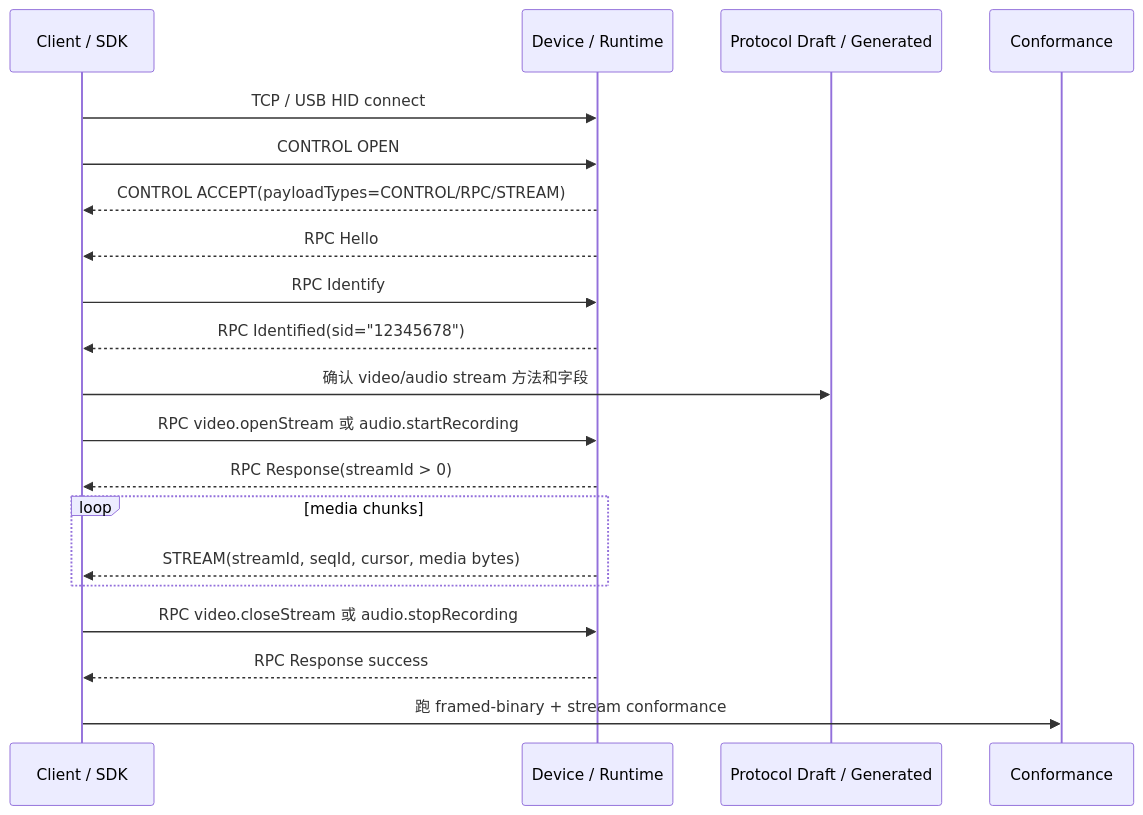
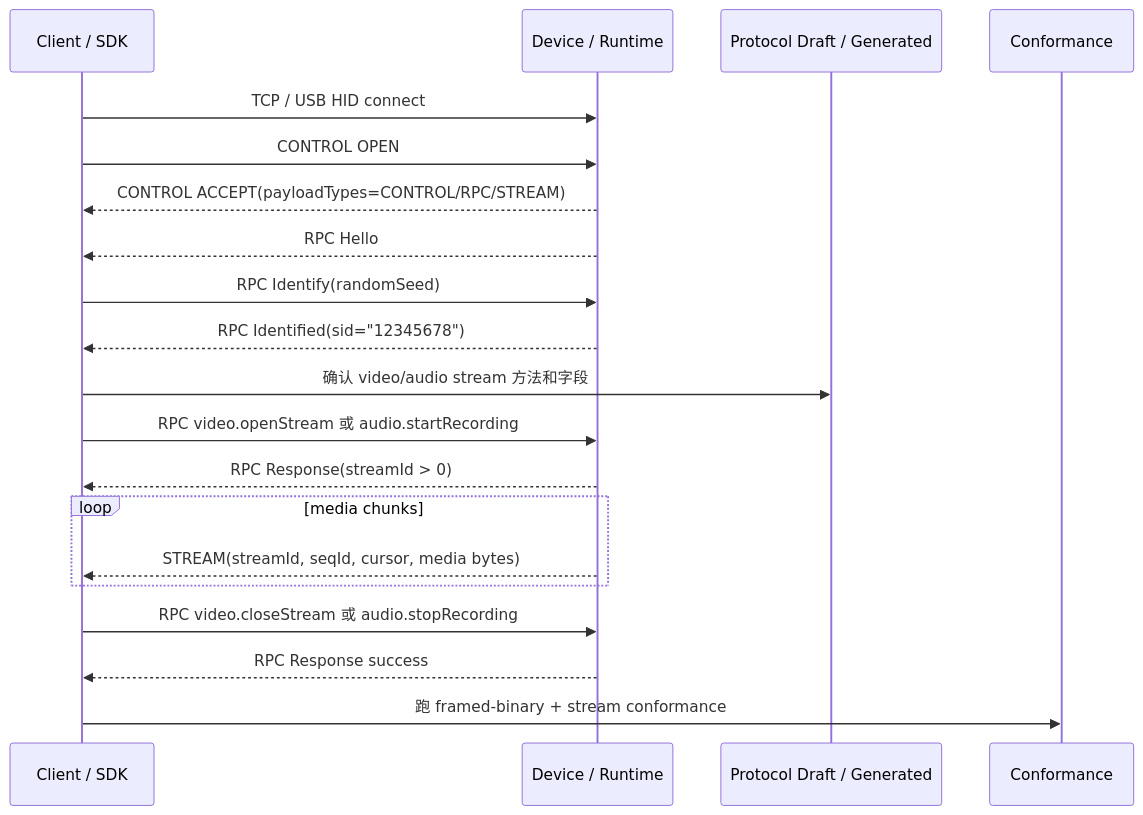
One commit to Mostorm-Labs/axtp changed the second of 2 diagrams in docs/guides/quickstart.md. Above: the diagram before and after it, drawn with Mermaid. The commit also changed other lines of this file and 25 other files, not shown here.

````diff
--- a/docs/guides/quickstart.md
+++ b/docs/guides/quickstart.md
@@ -106,23 +106,23 @@
 ```mermaid
 sequenceDiagram
     participant C as Client / SDK
     participant S as Device / Runtime
     participant P as Protocol Draft / Generated
     participant T as Conformance
 
     C->>S: TCP / USB HID connect
     C->>S: CONTROL OPEN
     S-->>C: CONTROL ACCEPT(payloadTypes=CONTROL/RPC/STREAM)
     S-->>C: RPC Hello
-    C->>S: RPC Identify
+    C->>S: RPC Identify(randomSeed)
     S-->>C: RPC Identified(sid="12345678")
     C->>P: 确认 video/audio stream 方法和字段
     C->>S: RPC video.openStream 或 audio.startRecording
     S-->>C: RPC Response(streamId > 0)
     loop media chunks
         S-->>C: STREAM(streamId, seqId, cursor, media bytes)
     end
     C->>S: RPC video.closeStream 或 audio.stopRecording
     S-->>C: RPC Response success
     C->>T: 跑 framed-binary + stream conformance
 ```
````
